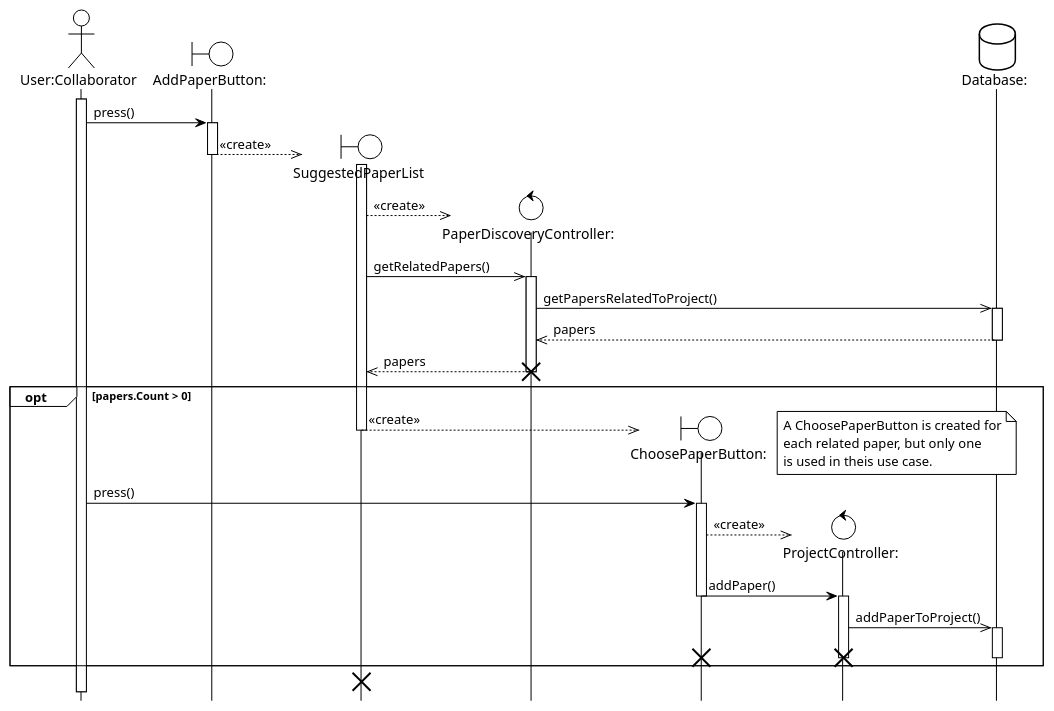
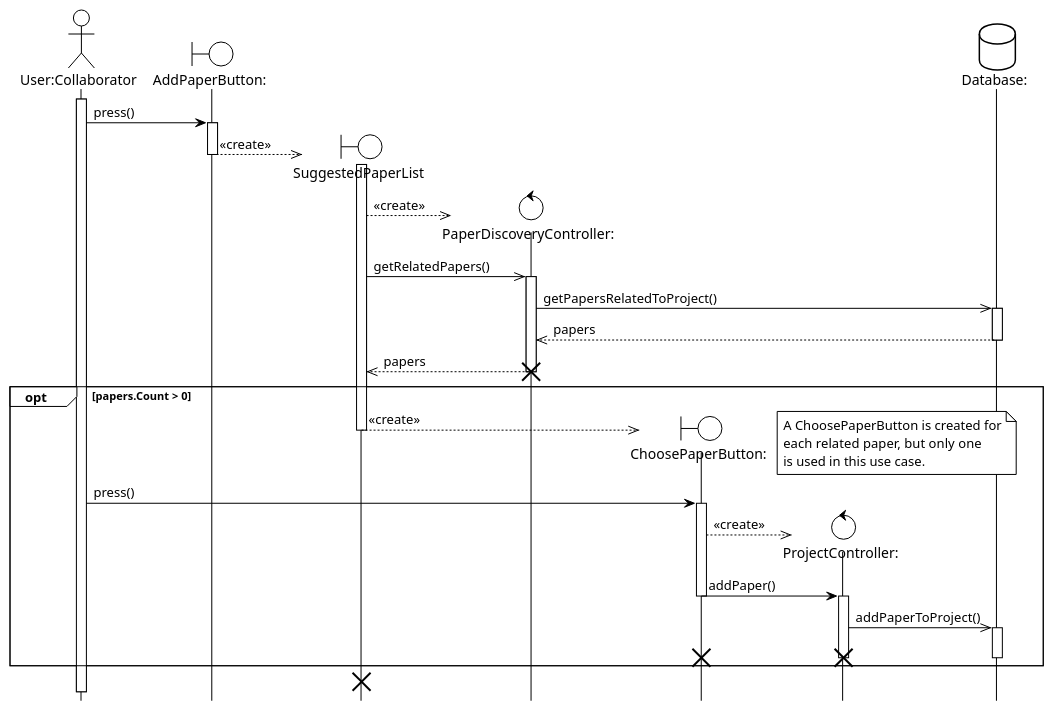
The diagram in Use case sequence diagrams/AddSuggestedPaper.puml (BlueMango10/Project-uml), drawn with PlantUML before and after one commit. The commit also changed 1 other file, not shown here.

```diff
--- a/Use case sequence diagrams/AddSuggestedPaper.puml
+++ b/Use case sequence diagrams/AddSuggestedPaper.puml
@@ -1,137 +1,137 @@
 @startuml AddSuggestedPaper
 !theme plain
 hide footbox
 actor "User:Collaborator" as u
 boundary "AddPaperButton:" as apb
 boundary "SuggestedPaperList" as spl
 control "PaperDiscoveryController:" as pdc
 boundary "ChoosePaperButton:" as cpb
 control "ProjectController:" as pc
 database "Database:" as db
 
 activate u
 
 u -> apb : press()
 activate apb
 
 create spl
 apb -->> spl : <<create>>
 deactivate apb
 activate spl
 
 create pdc
 spl -->> pdc : <<create>>
 spl ->> pdc : getRelatedPapers()
 activate pdc
 
 pdc ->> db : getPapersRelatedToProject()
 activate db
 
 db -->> pdc : papers
 deactivate db
 
 pdc -->> spl : papers
 destroy pdc
 
 opt papers.Count > 0
 
 	create cpb
 	spl -->> cpb : <<create>>
 	deactivate spl
 
 	note right
 		A ChoosePaperButton is created for
 		each related paper, but only one
-		is used in theis use case.
+		is used in this use case.
 	end note
 
 	u -> cpb : press()
 	activate cpb
 
 	create pc
 	cpb -->> pc : <<create>>
 	cpb -> pc : addPaper()
 	deactivate cpb
 	activate pc
 
 	pc ->> db : addPaperToProject()
 	activate db
 	deactivate db
 	
 	destroy pc
 	destroy cpb
 
 end
 
 destroy spl
 
 /'
 actor Collaborator as pc
 boundary PaperView as pv
 control PaperController as psc
 boundary AddPaperSuggestion as aps
 boundary PaperPreview as pp
 database Database as pd
 
 
 activate pc
 
 pc -> pv : open()
 activate pv
 
 create psc
 pv --> psc : <<create>>
 activate psc
 deactivate pv
 
 psc -> pd : findRelatedPapers()
 activate pd
 pd --> psc : papers
 deactivate pd
 
 opt papers.Count > 0
 
 	create aps
 	psc --> aps : <<create>>
 	deactivate psc
 	
 	note right
 	An AddPaperSuggestion
 	is created for each
 	related paper found
 	end note
 
 	loop while ProjectCollaborator wants to add suggested papers
 
 		pc -> aps : press()
 		activate aps
 
 		aps -> psc : addSuggestion()
 		deactivate aps
 		activate psc
 
 		create pp
 		psc -> pp : <<create>>
 		deactivate psc
 
 		pc -> pp : confirm()
 		activate pp
 
 		pp -> psc : confirmAdd()
 		destroy pp
 		activate psc
 
 		psc -> pd : addPaperToProject()
 		activate pd
 		deactivate pd
 
 		psc -> aps : <<destroy>>
 		deactivate psc
 		destroy aps
 
 	end
 end
 
 destroy psc
 '/
 @enduml
```
